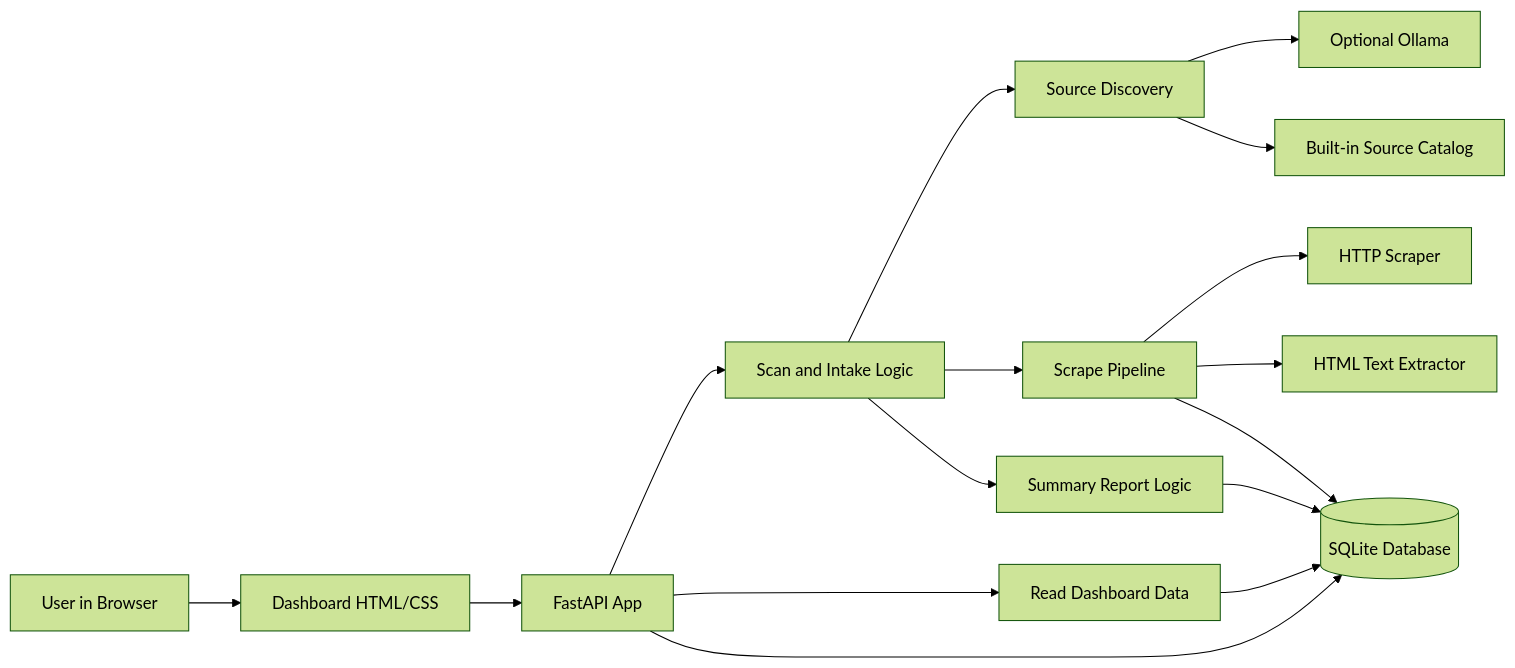
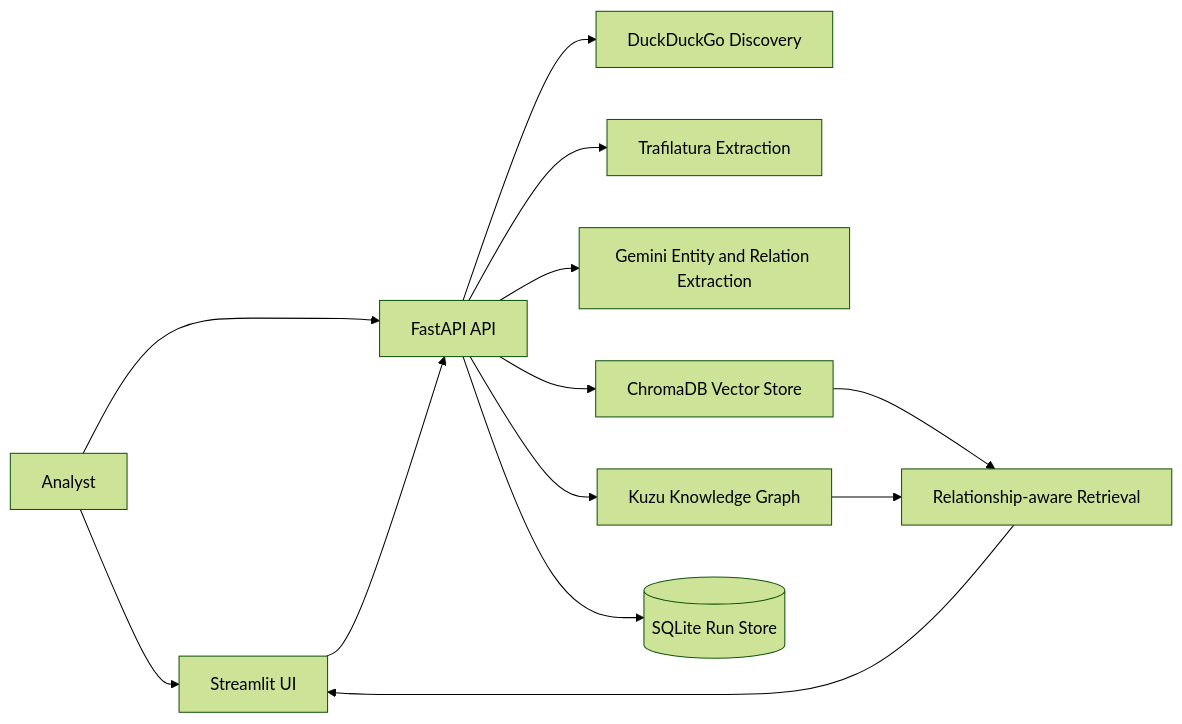
The first of 3 diagrams in README.md (JM100855/CompetitorRecognition), drawn with Mermaid (forest theme) before and after one commit. The commit also changed other lines of this file and 15 other files, not shown here.

````diff
--- a/README.md
+++ b/README.md
@@ -28,18 +40,15 @@
 ```mermaid
 flowchart LR
-    U[User in Browser] --> UI[Dashboard HTML/CSS]
-    UI --> API[FastAPI App]
-    API --> INTAKE[Scan and Intake Logic]
-    API --> STORE[Read Dashboard Data]
-    INTAKE --> DISCOVERY[Source Discovery]
-    INTAKE --> PIPELINE[Scrape Pipeline]
-    INTAKE --> REPORTS[Summary Report Logic]
-    DISCOVERY --> OLLAMA[Optional Ollama]
-    DISCOVERY --> CATALOG[Built-in Source Catalog]
-    PIPELINE --> SCRAPER[HTTP Scraper]
-    PIPELINE --> EXTRACT[HTML Text Extractor]
-    STORE --> DB[(SQLite Database)]
-    PIPELINE --> DB
-    REPORTS --> DB
-    API --> DB
+    Analyst[Analyst] --> ST[Streamlit UI]
+    Analyst --> API[FastAPI API]
+    ST --> API
+    API --> SEARCH[DuckDuckGo Discovery]
+    API --> SCRAPE[Trafilatura Extraction]
+    API --> GEMINI[Gemini Entity and Relation Extraction]
+    API --> VECTOR[ChromaDB Vector Store]
+    API --> GRAPH[Kuzu Knowledge Graph]
+    API --> SQL[(SQLite Run Store)]
+    VECTOR --> QUERY[Relationship-aware Retrieval]
+    GRAPH --> QUERY
+    QUERY --> ST
 ```
````
